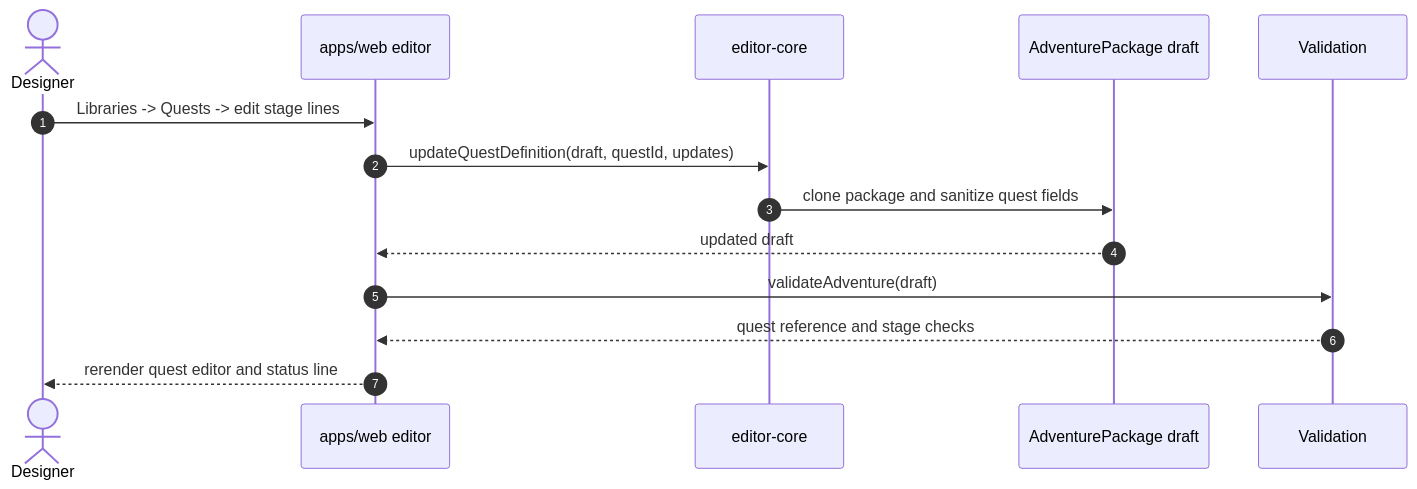
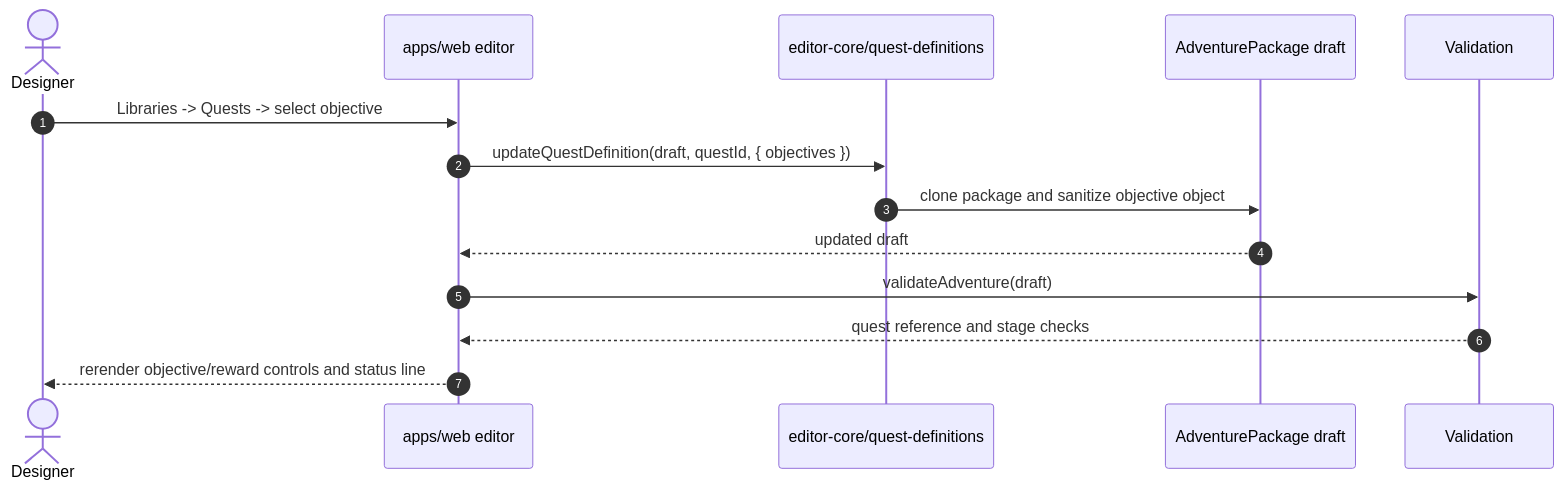
Diagram 17 of 41 in docs/system-reference.md (ianohlander/ACS), drawn with Mermaid before and after one commit. The commit also changed other lines of this file and 21 other files, not shown here.

Commit message:
Complete milestone 23 quest objective objects

````diff
--- a/docs/system-reference.md
+++ b/docs/system-reference.md
@@ -747,17 +781,17 @@
 ```mermaid
 sequenceDiagram
   autonumber
   actor Designer
   participant Editor as apps/web editor
-  participant Core as editor-core
+  participant Core as editor-core/quest-definitions
   participant Draft as AdventurePackage draft
   participant Validation
 
-  Designer->>Editor: Libraries -> Quests -> edit stage lines
-  Editor->>Core: updateQuestDefinition(draft, questId, updates)
-  Core->>Draft: clone package and sanitize quest fields
+  Designer->>Editor: Libraries -> Quests -> select objective
+  Editor->>Core: updateQuestDefinition(draft, questId, { objectives })
+  Core->>Draft: clone package and sanitize objective object
   Draft-->>Editor: updated draft
   Editor->>Validation: validateAdventure(draft)
   Validation-->>Editor: quest reference and stage checks
-  Editor-->>Designer: rerender quest editor and status line
+  Editor-->>Designer: rerender objective/reward controls and status line
 ```
````
